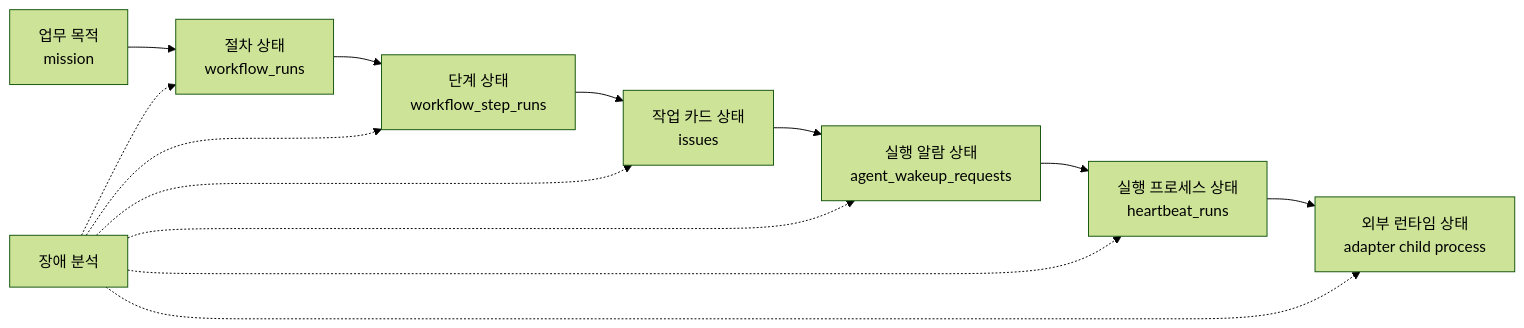
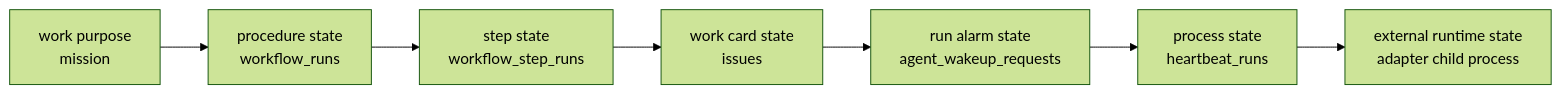
One commit to insightflo/papercompany-runtime changed the seventh of 17 diagrams in docs/guides/agent-developer/mission-workflow-runtime.md. Above: the diagram before and after it, drawn with Mermaid (forest theme). The commit also changed other lines of this file and 173 other files, not shown here.

````diff
--- a/docs/guides/agent-developer/mission-workflow-runtime.md
+++ b/docs/guides/agent-developer/mission-workflow-runtime.md
@@ -228,16 +194,9 @@
 ```mermaid
 flowchart LR
-  A["업무 목적\nmission"] --> B["절차 상태\nworkflow_runs"]
-  B --> C["단계 상태\nworkflow_step_runs"]
-  C --> D["작업 카드 상태\nissues"]
-  D --> E["실행 알람 상태\nagent_wakeup_requests"]
-  E --> F["실행 프로세스 상태\nheartbeat_runs"]
-  F --> G["외부 런타임 상태\nadapter child process"]
-
-  H["장애 분석"] -.-> B
-  H -.-> C
-  H -.-> D
-  H -.-> E
-  H -.-> F
-  H -.-> G
+  A["work purpose\nmission"] --> B["procedure state\nworkflow_runs"]
+  B --> C["step state\nworkflow_step_runs"]
+  C --> D["work card state\nissues"]
+  D --> E["run alarm state\nagent_wakeup_requests"]
+  E --> F["process state\nheartbeat_runs"]
+  F --> G["external runtime state\nadapter child process"]
 ```
````
